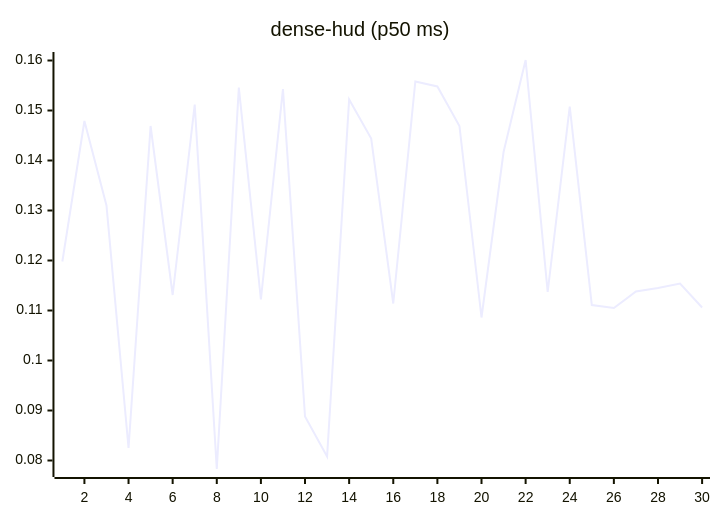
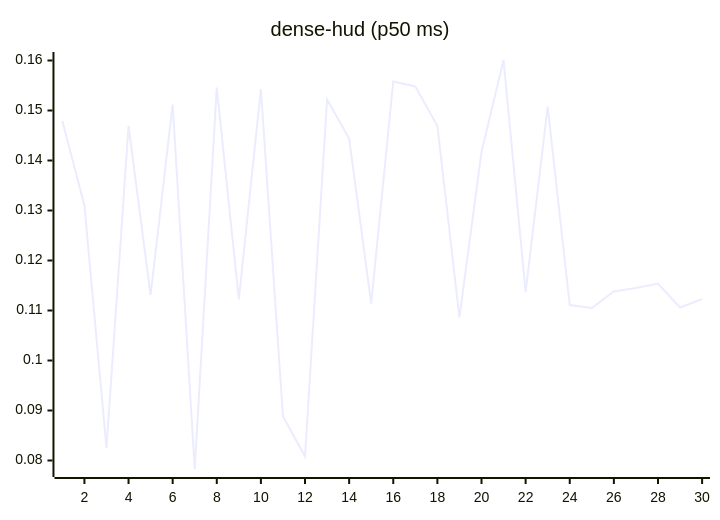
One commit to josha/Facet changed the eighth of 27 diagrams in README.md. Above: the diagram before and after it, drawn with Mermaid. The commit also changed other lines of this file and 2 other files, not shown here.

````diff
--- a/README.md
+++ b/README.md
@@ -112,6 +112,6 @@
 ```mermaid
 xychart-beta
     title "dense-hud (p50 ms)"
     x-axis 1 --> 30
-    line [0.1198, 0.1479, 0.1310, 0.0825, 0.1469, 0.1131, 0.1512, 0.0783, 0.1546, 0.1122, 0.1543, 0.0888, 0.0808, 0.1522, 0.1444, 0.1114, 0.1558, 0.1548, 0.1469, 0.1086, 0.1417, 0.1601, 0.1137, 0.1508, 0.1111, 0.1105, 0.1138, 0.1145, 0.1154, 0.1106]
+    line [0.1479, 0.1310, 0.0825, 0.1469, 0.1131, 0.1512, 0.0783, 0.1546, 0.1122, 0.1543, 0.0888, 0.0808, 0.1522, 0.1444, 0.1114, 0.1558, 0.1548, 0.1469, 0.1086, 0.1417, 0.1601, 0.1137, 0.1508, 0.1111, 0.1105, 0.1138, 0.1145, 0.1154, 0.1106, 0.1123]
 ```
````
